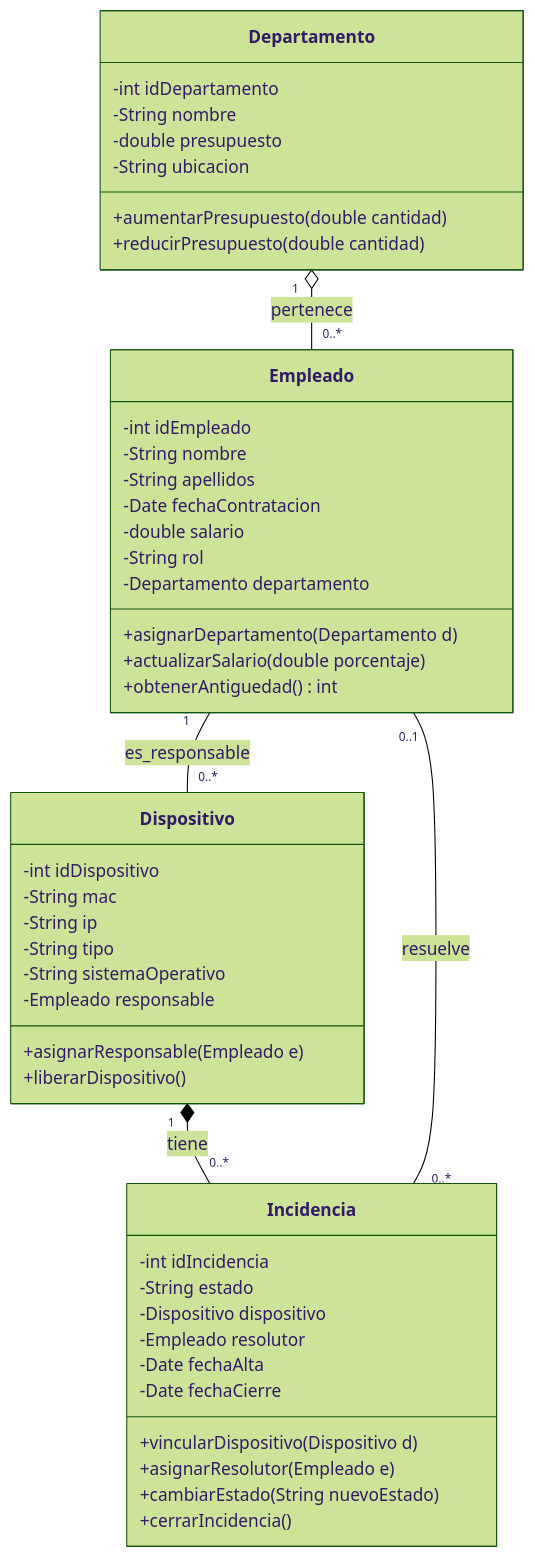
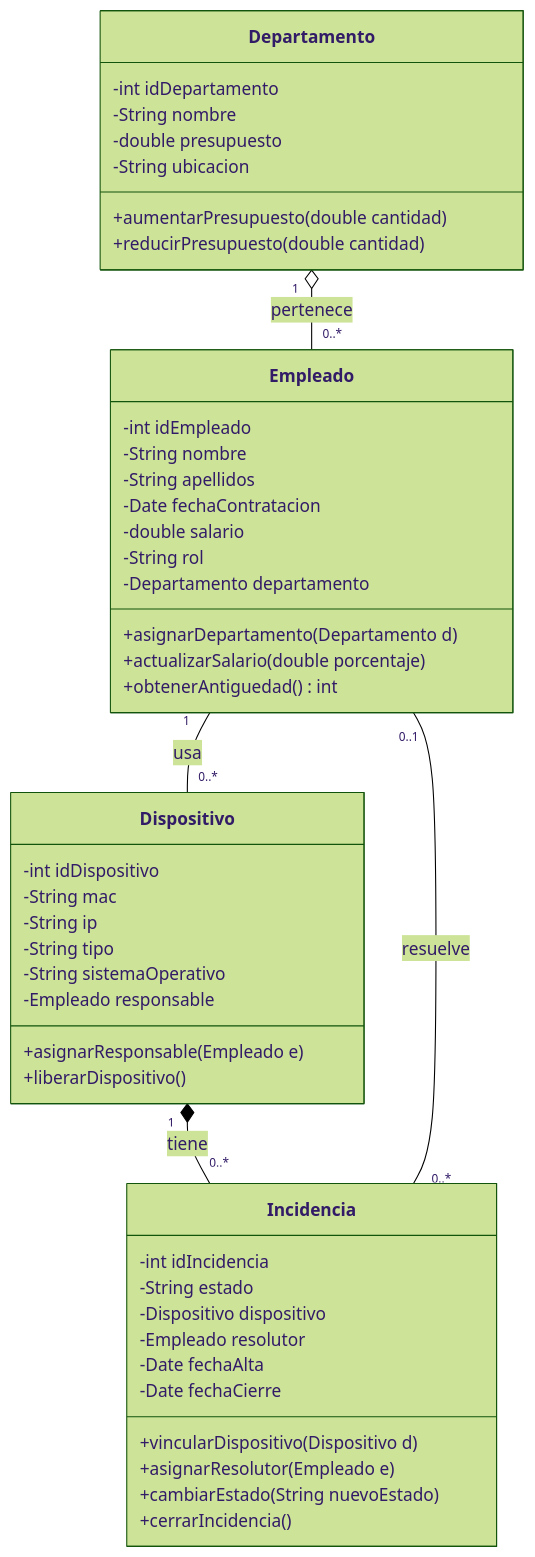
Before and after one commit to JMAbadLopez/programacion: the diagram in docs/recursos/propuesta_proyecto.md, drawn with Mermaid (forest theme). The commit also changed 74 other files, not shown here.

````diff
--- a/docs/recursos/propuesta_proyecto.md
+++ b/docs/recursos/propuesta_proyecto.md
@@ -5,53 +5,53 @@
 ```mermaid
 classDiagram
     class Departamento {
         -int idDepartamento
         -String nombre
         -double presupuesto
         -String ubicacion
         +aumentarPresupuesto(double cantidad)
         +reducirPresupuesto(double cantidad)
     }
 
     class Empleado {
         -int idEmpleado
         -String nombre
         -String apellidos
         -Date fechaContratacion
         -double salario
         -String rol
         -Departamento departamento
         +asignarDepartamento(Departamento d)
         +actualizarSalario(double porcentaje)
         +obtenerAntiguedad() int
     }
 
     class Dispositivo {
         -int idDispositivo
         -String mac
         -String ip
         -String tipo
         -String sistemaOperativo
         -Empleado responsable
         +asignarResponsable(Empleado e)
         +liberarDispositivo()
     }
 
     class Incidencia {
         -int idIncidencia
         -String estado
         -Dispositivo dispositivo
         -Empleado resolutor
         -Date fechaAlta
         -Date fechaCierre
         +vincularDispositivo(Dispositivo d)
         +asignarResolutor(Empleado e)
         +cambiarEstado(String nuevoEstado)
         +cerrarIncidencia()
     }
 
     Departamento "1" o-- "0..*" Empleado : pertenece
-    Empleado "1" -- "0..*" Dispositivo : es_responsable
+    Empleado "1" -- "0..*" Dispositivo : usa
     Dispositivo "1" *-- "0..*" Incidencia : tiene
     Empleado "0..1" -- "0..*" Incidencia : resuelve
 ```
````
